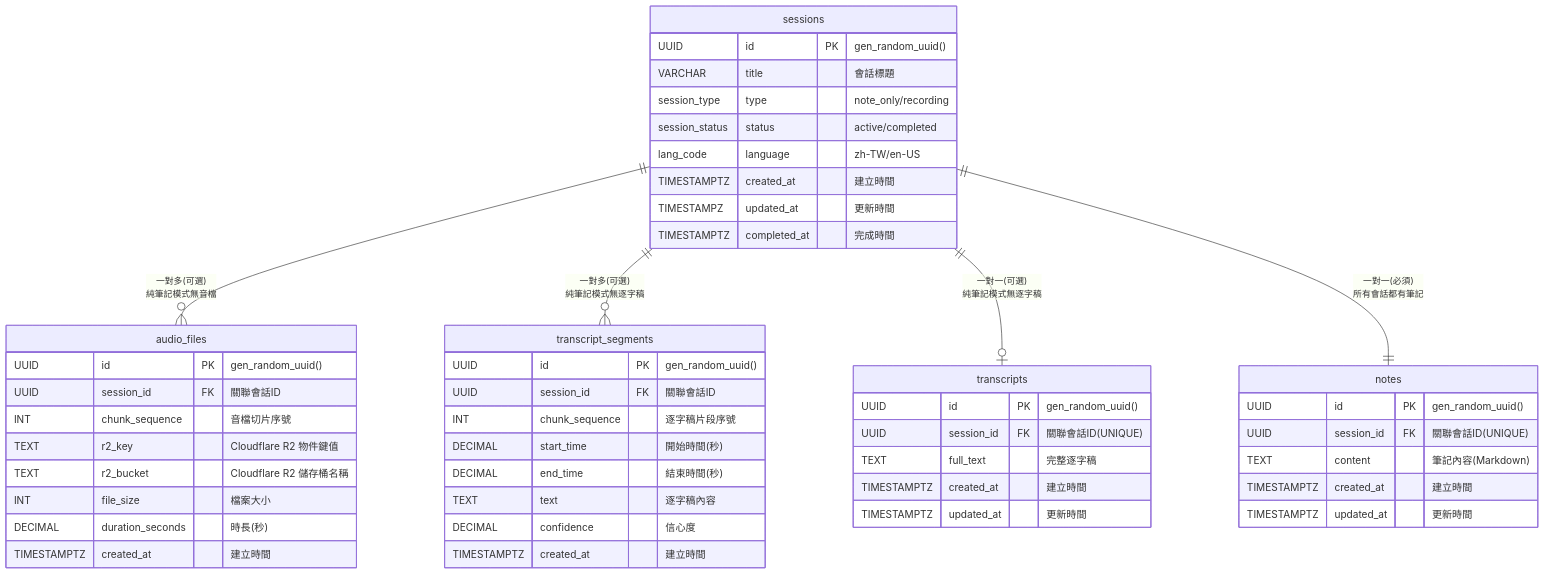
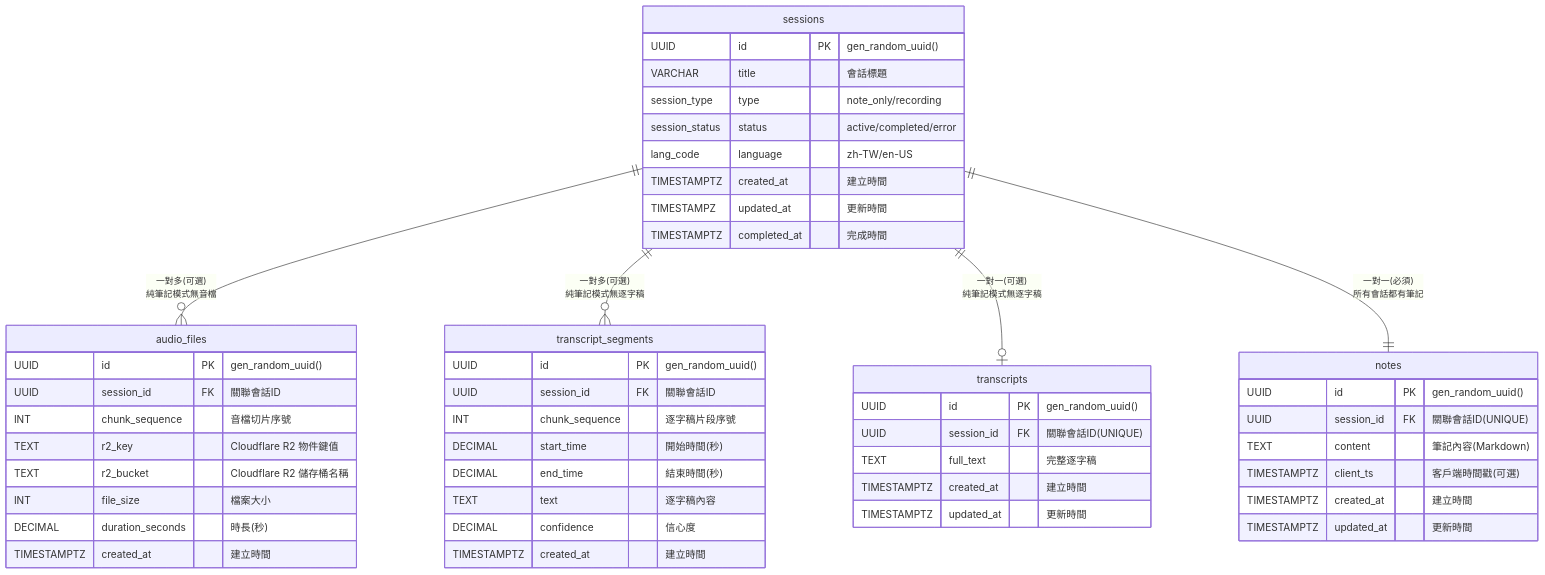
Before and after one commit to otoitsuki/study-scriber: the diagram in PRD.md, drawn with Mermaid. The commit also changed other lines of this file and 292 other files, not shown here.

````diff
--- a/PRD.md
+++ b/PRD.md
@@ -106,56 +119,57 @@
 ```mermaid
 erDiagram
     sessions {
         UUID id PK "gen_random_uuid()"
         VARCHAR title "會話標題"
         session_type type "note_only/recording"
-        session_status status "active/completed"
+        session_status status "active/completed/error"
         lang_code language "zh-TW/en-US"
         TIMESTAMPTZ created_at "建立時間"
         TIMESTAMPZ updated_at "更新時間"
         TIMESTAMPTZ completed_at "完成時間"
     }
 
     audio_files {
         UUID id PK "gen_random_uuid()"
         UUID session_id FK "關聯會話ID"
         INT chunk_sequence "音檔切片序號"
         TEXT r2_key "Cloudflare R2 物件鍵值"
         TEXT r2_bucket "Cloudflare R2 儲存桶名稱"
         INT file_size "檔案大小"
         DECIMAL duration_seconds "時長(秒)"
         TIMESTAMPTZ created_at "建立時間"
     }
 
     transcript_segments {
         UUID id PK "gen_random_uuid()"
         UUID session_id FK "關聯會話ID"
         INT chunk_sequence "逐字稿片段序號"
         DECIMAL start_time "開始時間(秒)"
         DECIMAL end_time "結束時間(秒)"
         TEXT text "逐字稿內容"
         DECIMAL confidence "信心度"
         TIMESTAMPTZ created_at "建立時間"
     }
 
     transcripts {
         UUID id PK "gen_random_uuid()"
         UUID session_id FK "關聯會話ID(UNIQUE)"
         TEXT full_text "完整逐字稿"
         TIMESTAMPTZ created_at "建立時間"
         TIMESTAMPTZ updated_at "更新時間"
     }
 
     notes {
         UUID id PK "gen_random_uuid()"
         UUID session_id FK "關聯會話ID(UNIQUE)"
         TEXT content "筆記內容(Markdown)"
+        TIMESTAMPTZ client_ts "客戶端時間戳(可選)"
         TIMESTAMPTZ created_at "建立時間"
         TIMESTAMPTZ updated_at "更新時間"
     }
 
     sessions ||--o{ audio_files : "一對多(可選)<br/>純筆記模式無音檔"
     sessions ||--o{ transcript_segments : "一對多(可選)<br/>純筆記模式無逐字稿"
     sessions ||--o| transcripts : "一對一(可選)<br/>純筆記模式無逐字稿"
     sessions ||--|| notes : "一對一(必須)<br/>所有會話都有筆記"
 ```
````
